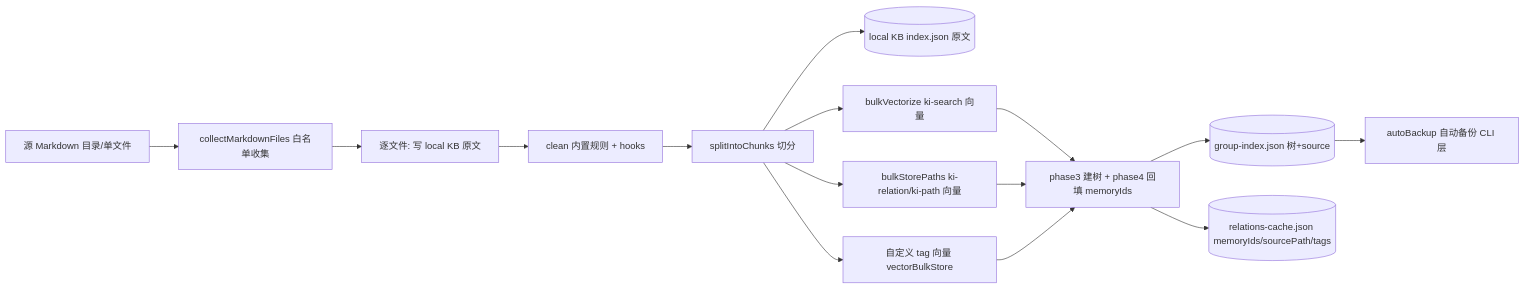
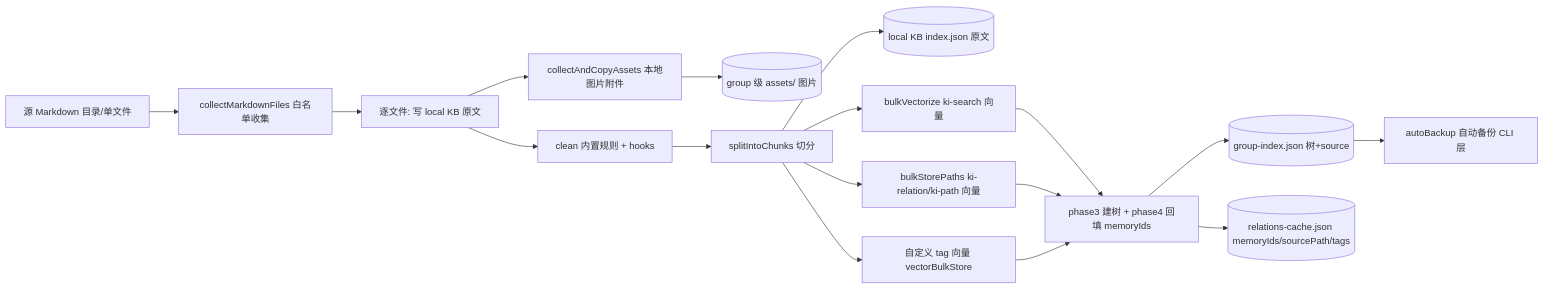
Before and after one commit to HACK-WU/CodeWikiHub: the first of 5 diagrams in kisearch/module-experts/知识索引导入专家/implementation/03-数据流转.md, drawn with Mermaid. The commit also changed 47 other files, not shown here.

````diff
--- a/kisearch/module-experts/知识索引导入专家/implementation/03-数据流转.md
+++ b/kisearch/module-experts/知识索引导入专家/implementation/03-数据流转.md
@@ -24,17 +24,19 @@
 ```mermaid
 flowchart LR
     A[源 Markdown 目录/单文件] --> B[collectMarkdownFiles 白名单收集]
     B --> C[逐文件: 写 local KB 原文]
+    C --> C2[collectAndCopyAssets 本地图片附件]
+    C2 --> F2[(group 级 assets/ 图片)]
     C --> D[clean 内置规则 + hooks]
     D --> E[splitIntoChunks 切分]
     E --> F[(local KB index.json 原文)]
     E --> G[bulkVectorize ki-search 向量]
     E --> H[bulkStorePaths ki-relation/ki-path 向量]
     E --> I[自定义 tag 向量 vectorBulkStore]
     G --> J[phase3 建树 + phase4 回填 memoryIds]
     H --> J
     I --> J
     J --> K[(group-index.json 树+source)]
     J --> L[(relations-cache.json memoryIds/sourcePath/tags)]
     K --> M[autoBackup 自动备份 CLI 层]
 ```
````
